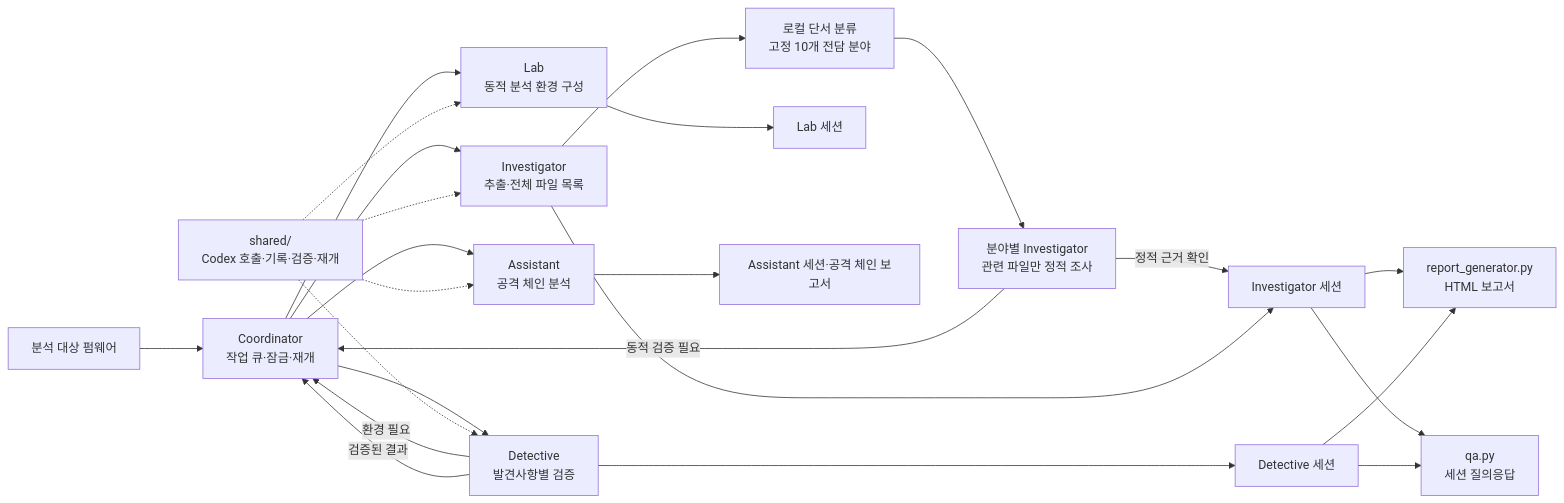
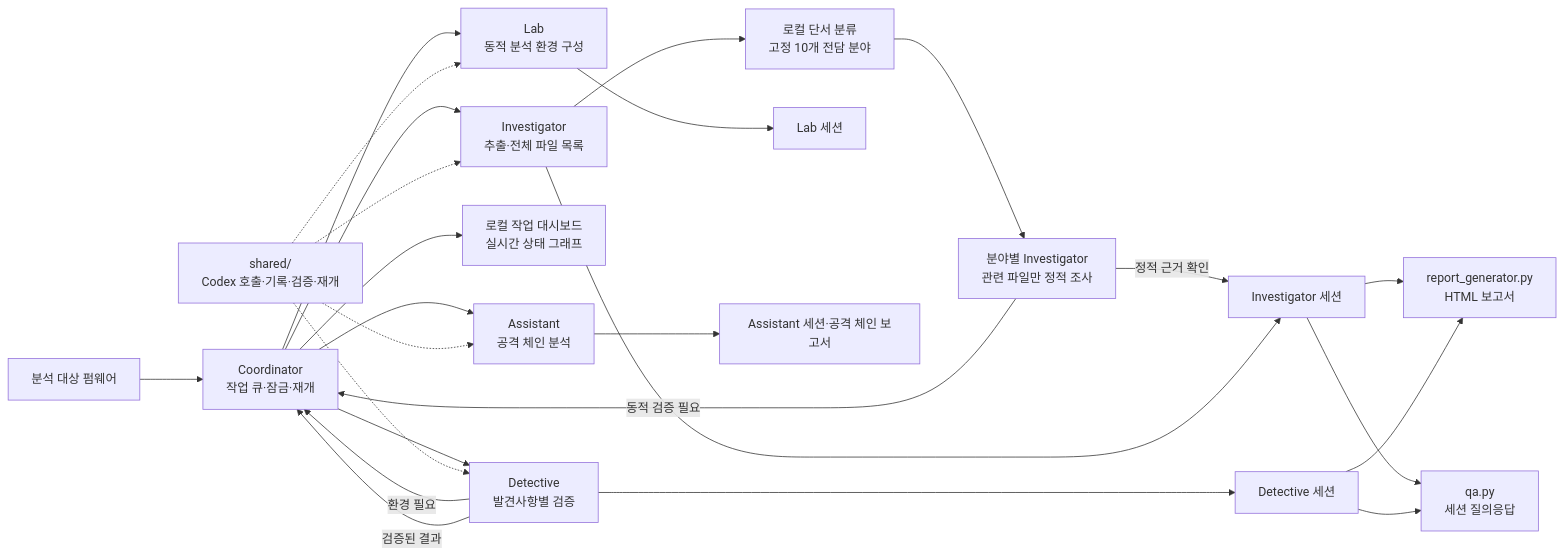
Before and after one commit to gl4sss/FBI: the first of 2 diagrams in README.md, drawn with Mermaid. The commit also changed other lines of this file and 22 other files, not shown here.

````diff
--- a/README.md
+++ b/README.md
@@ -22,26 +23,27 @@
 ```mermaid
 flowchart LR
     FW["분석 대상 펌웨어"] --> CO["Coordinator<br/>작업 큐·잠금·재개"]
     CO --> INV["Investigator<br/>추출·전체 파일 목록"]
     INV --> ROUTE["로컬 단서 분류<br/>고정 10개 전담 분야"]
     ROUTE --> SPEC["분야별 Investigator<br/>관련 파일만 정적 조사"]
     SPEC -->|"정적 근거 확인"| IR
     SPEC -->|"동적 검증 필요"| CO
     CO --> DET["Detective<br/>발견사항별 검증"]
+    CO --> LIVE["로컬 작업 대시보드<br/>실시간 상태 그래프"]
     DET -->|"환경 필요"| CO
     CO --> LAB["Lab<br/>동적 분석 환경 구성"]
     DET -->|"검증된 결과"| CO
     CO --> AST["Assistant<br/>공격 체인 분석"]
     INV --> IR["Investigator 세션"]
     DET --> DR["Detective 세션"]
     LAB --> LR["Lab 세션"]
     AST --> AR["Assistant 세션·공격 체인 보고서"]
     IR --> REP["report_generator.py<br/>HTML 보고서"]
     DR --> REP
     IR --> QA["qa.py<br/>세션 질의응답"]
     DR --> QA
     SH["shared/<br/>Codex 호출·기록·검증·재개"] -.-> INV
     SH -.-> DET
     SH -.-> LAB
     SH -.-> AST
 ```
````
